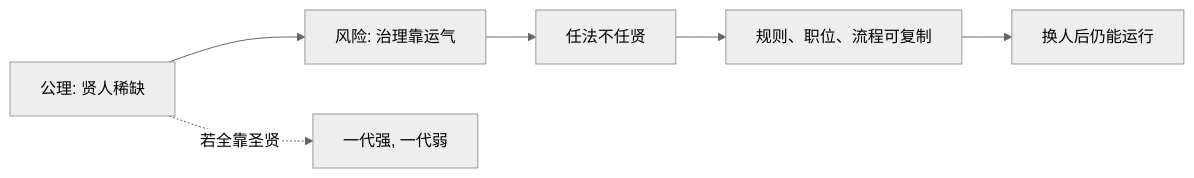
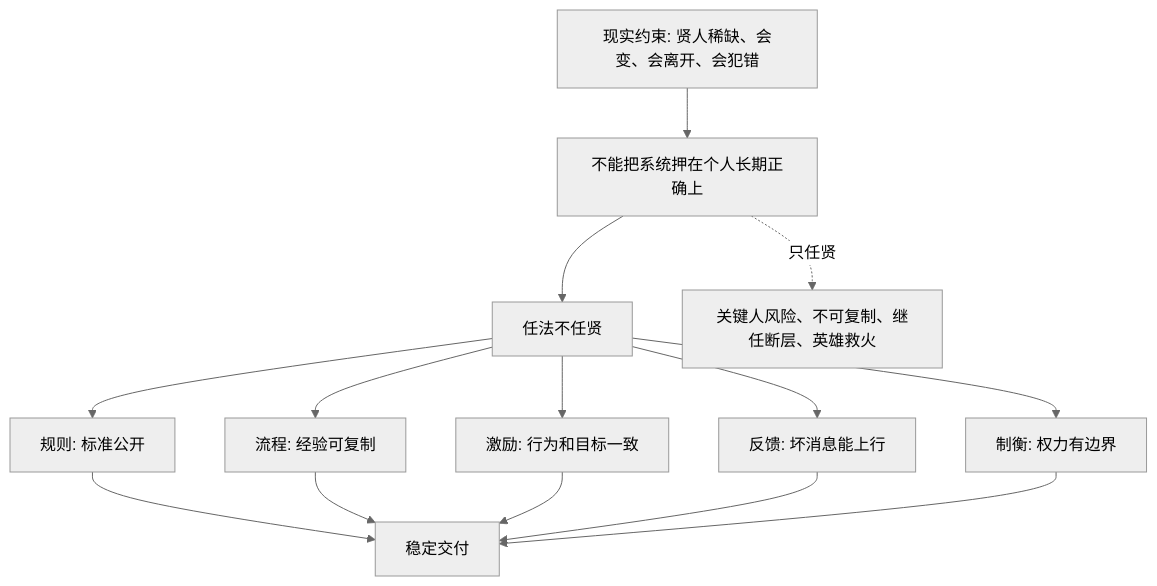
Before and after one commit to digoal/blog: the diagram in 202605/20260518_09.md, drawn with Mermaid (neutral theme). The commit also changed other lines of this file and 14 other files, not shown here.

````diff
--- a/202605/20260518_09.md
+++ b/202605/20260518_09.md
@@ -22,8 +24,16 @@
 ```mermaid
-flowchart LR
-  A["公理: 贤人稀缺"] --> B["风险: 治理靠运气"]
+flowchart TB
+  A["现实约束: 贤人稀缺、会变、会离开、会犯错"] --> B["不能把系统押在个人长期正确上"]
   B --> C["任法不任贤"]
-  C --> D["规则、职位、流程可复制"]
-  D --> E["换人后仍能运行"]
-  A -. "若全靠圣贤" .-> F["一代强, 一代弱"]
+  C --> D["规则: 标准公开"]
+  C --> E["流程: 经验可复制"]
+  C --> F["激励: 行为和目标一致"]
+  C --> G["反馈: 坏消息能上行"]
+  C --> H["制衡: 权力有边界"]
+  D --> I["稳定交付"]
+  E --> I
+  F --> I
+  G --> I
+  H --> I
+  B -. "只任贤" .-> J["关键人风险、不可复制、继任断层、英雄救火"]
 ```
````
